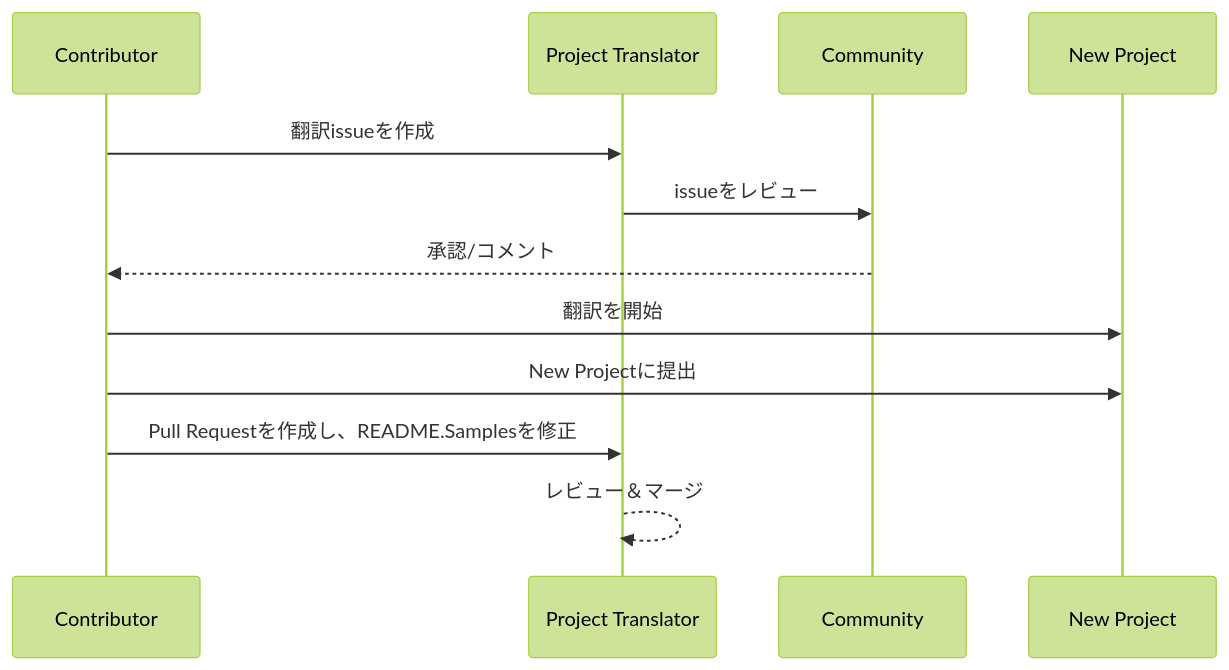
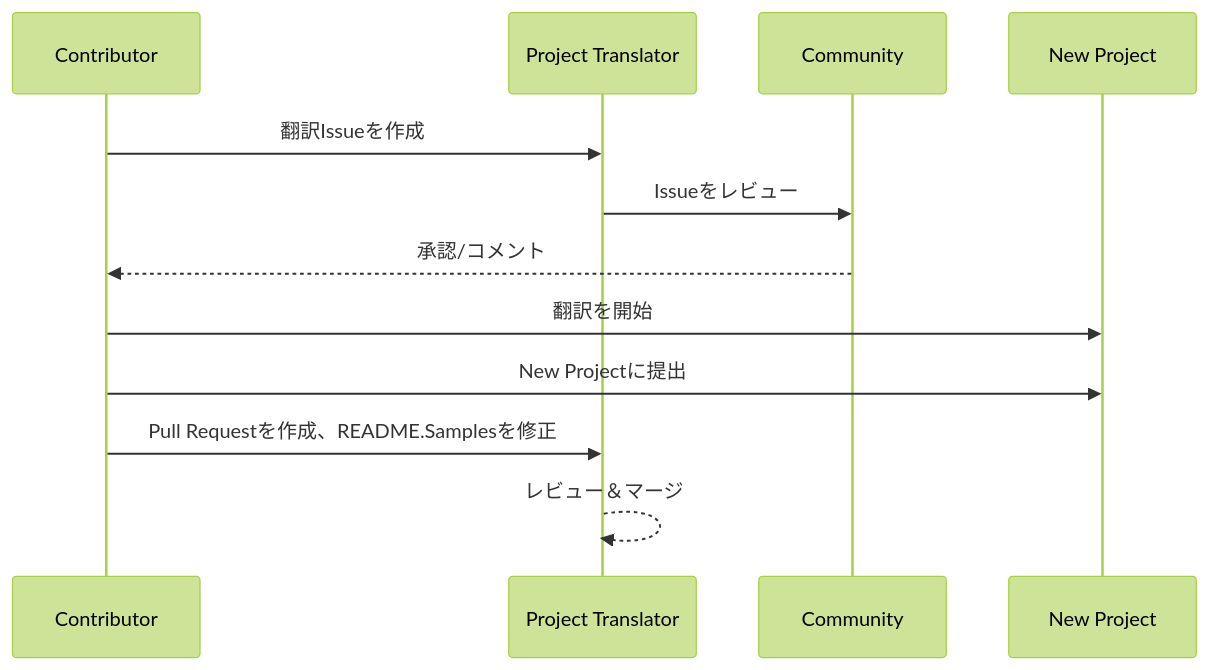
One commit to Project-Translation/project_translator changed the diagram in readmes/README.ja-jp.md. Above: the diagram before and after it, drawn with Mermaid (forest theme). The commit also changed other lines of this file and 52 other files, not shown here.

````diff
--- a/readmes/README.ja-jp.md
+++ b/readmes/README.ja-jp.md
@@ -56,10 +63,10 @@
 ```mermaid
 sequenceDiagram
-  Contributor->>Project Translator: 翻訳issueを作成
-  Project Translator->>Community: issueをレビュー
+  Contributor->>Project Translator: 翻訳Issueを作成
+  Project Translator->>Community: Issueをレビュー
   Community-->>Contributor: 承認/コメント
   Contributor->>New Project: 翻訳を開始
   Contributor->>New Project: New Projectに提出
-  Contributor->>Project Translator: Pull Requestを作成し、README.Samplesを修正
+  Contributor->>Project Translator: Pull Requestを作成、README.Samplesを修正
   Project Translator-->>Project Translator: レビュー＆マージ
 ```
````
